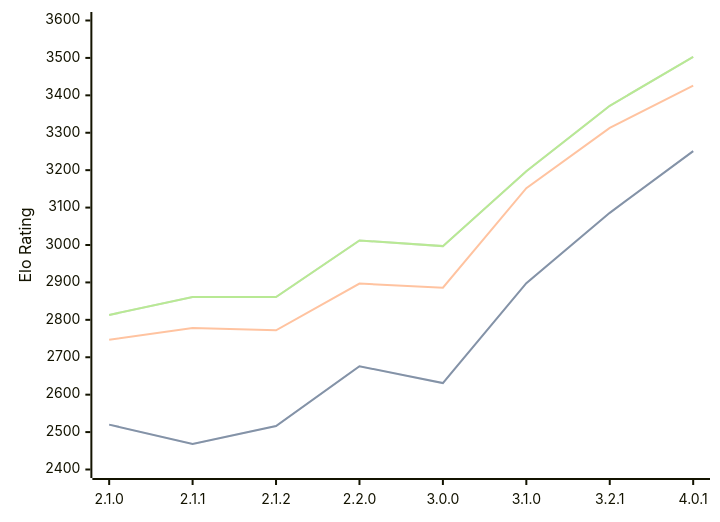
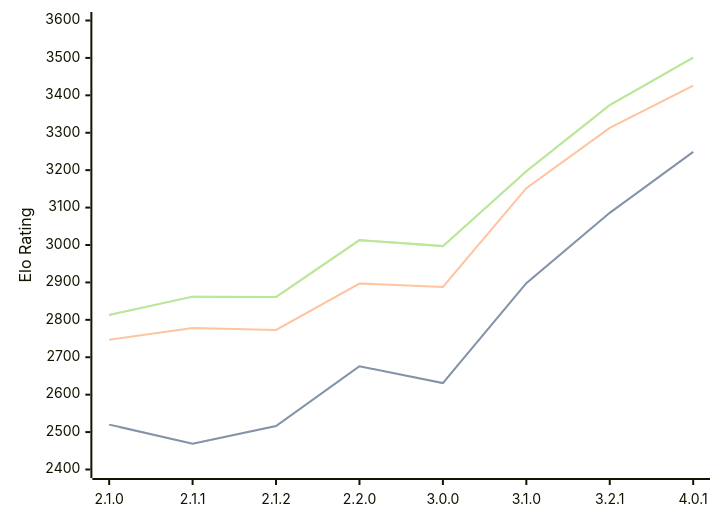
One commit to computer-chess-index/cci changed the diagram in engines/Prune.md. Above: the diagram before and after it, drawn with Mermaid. The commit also changed other lines of this file, not shown here.

Commit message:
Update CCI Ratings (ELO VLTC) - 2026-07-26

````diff
--- a/engines/Prune.md
+++ b/engines/Prune.md
@@ -44,11 +44,11 @@
 ```mermaid
 %%{init: {"theme":"base","themeVariables":{"seriesColors:['#a3a3a3','#222221','#faa371']}}}%%
 xychart-beta
   x-axis ["2.1.0", "2.1.1", "2.1.2", "2.2.0", "3.0.0", "3.1.0", "3.2.1", "4.0.1"]
   y-axis "Elo Rating" 2400 --> 3600
-  line "STC (8.0+0.08s)" [2520, 2468, 2516, 2676, 2631, 2898, 3086, 3251]
-  line "STC (8.0+0.08s)" [2520, 2468, 2516, 2676, 2631, 2898, 3086, 3251]
-  line "LTC (60.0+0.60s)" [2747, 2778, 2772, 2897, 2886, 3152, 3313, 3426]
-  line "VLTC (2m24s+1.12s)" [2813, 2861, 2861, 3012, 2997, 3197, 3372, 3503]
-  line "VLTC (2m24s+1.12s)" [2813, 2861, 2861, 3012, 2997, 3197, 3372, 3503]
+  line "STC (8.0+0.08s)" [2520, 2469, 2516, 2676, 2631, 2898, 3086, 3249]
+  line "STC (8.0+0.08s)" [2520, 2469, 2516, 2676, 2631, 2898, 3086, 3249]
+  line "LTC (60.0+0.60s)" [2747, 2778, 2773, 2897, 2888, 3152, 3313, 3426]
+  line "VLTC (2m24s+1.12s)" [2813, 2862, 2861, 3013, 2997, 3197, 3374, 3501]
+  line "VLTC (2m24s+1.12s)" [2813, 2862, 2861, 3013, 2997, 3197, 3374, 3501]
 ```
````
